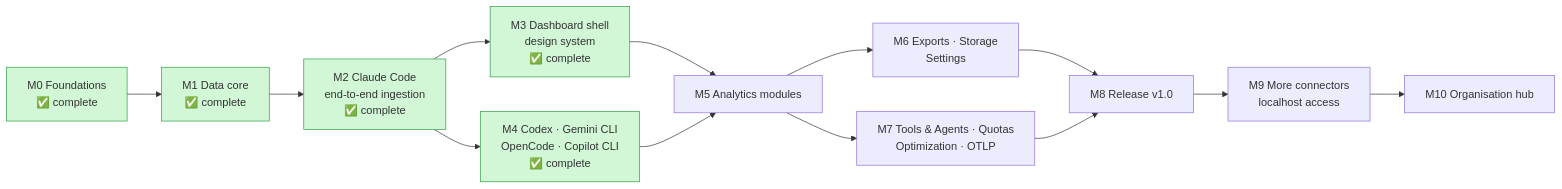
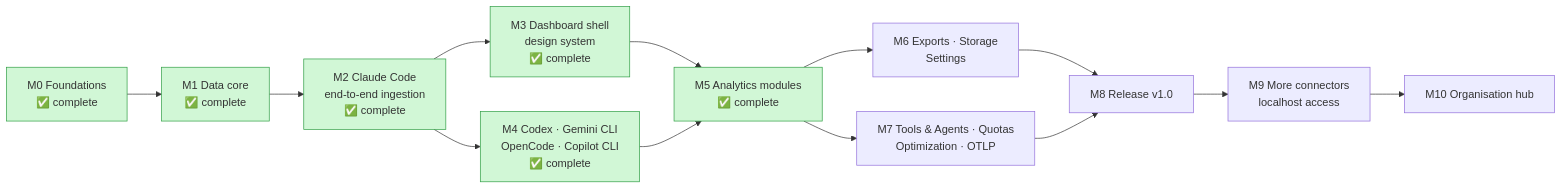
Before and after one commit to akanjb/VEYRA: diagram 21 of 21 in README.md, drawn with Mermaid. The commit also changed other lines of this file, not shown here.

First line of the commit message:
Mark the analytics pages complete in the README and record their measured speed

````diff
--- a/README.md
+++ b/README.md
@@ -836,16 +876,16 @@
 ```mermaid
 flowchart LR
   M0[M0 Foundations<br/>✅ complete]:::done --> M1[M1 Data core<br/>✅ complete]:::done
   M1 --> M2[M2 Claude Code<br/>end-to-end ingestion<br/>✅ complete]:::done
   M2 --> M3[M3 Dashboard shell<br/>design system<br/>✅ complete]:::done
   M2 --> M4[M4 Codex · Gemini CLI<br/>OpenCode · Copilot CLI<br/>✅ complete]:::done
-  M3 --> M5[M5 Analytics modules]
+  M3 --> M5[M5 Analytics modules<br/>✅ complete]:::done
   M4 --> M5
   M5 --> M6[M6 Exports · Storage<br/>Settings]
   M5 --> M7[M7 Tools & Agents · Quotas<br/>Optimization · OTLP]
   M6 --> M8[M8 Release v1.0]
   M7 --> M8
   M8 --> M9[M9 More connectors<br/>localhost access]
   M9 --> M10[M10 Organisation hub]
   classDef done fill:#d1f7d6,stroke:#2f9e44
 ```
````
